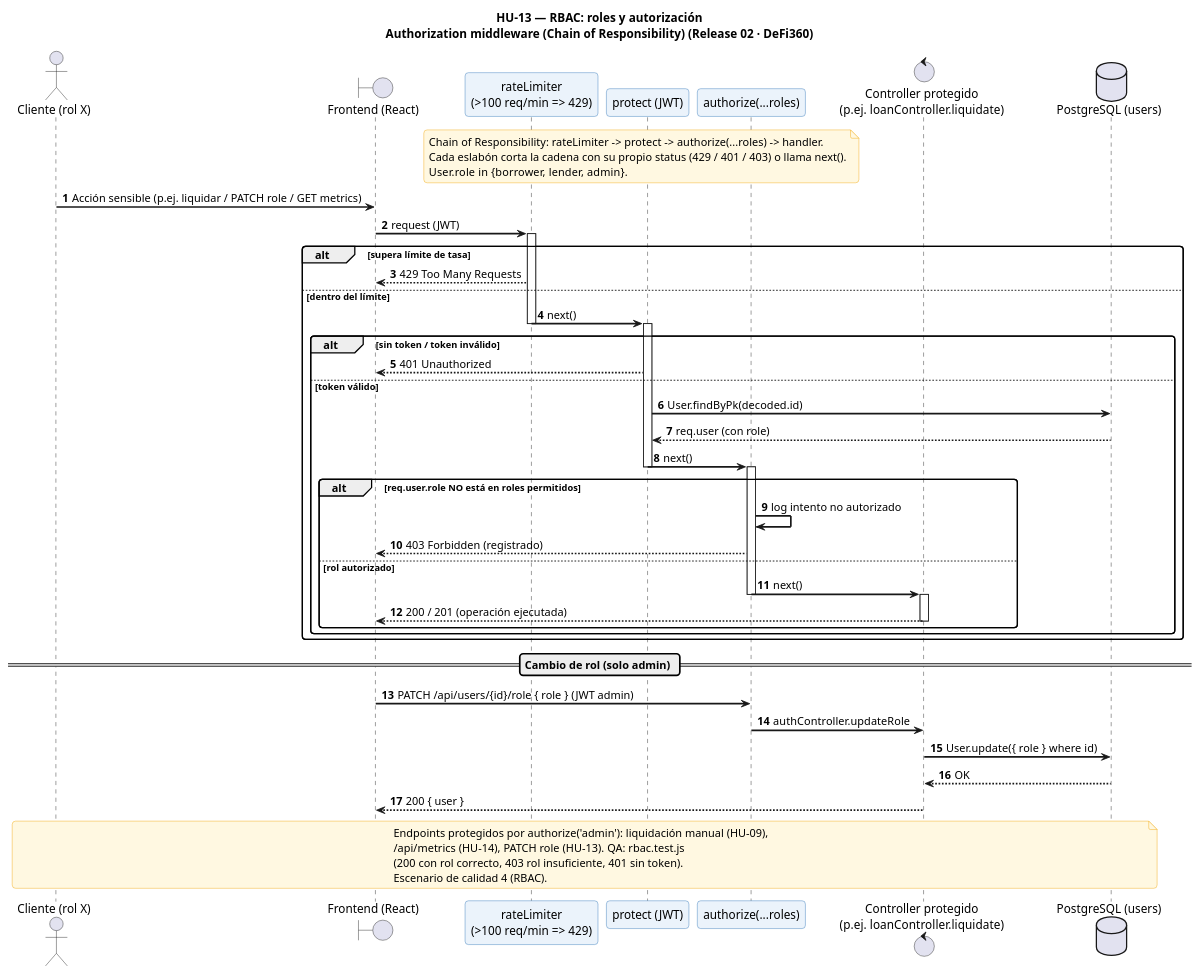
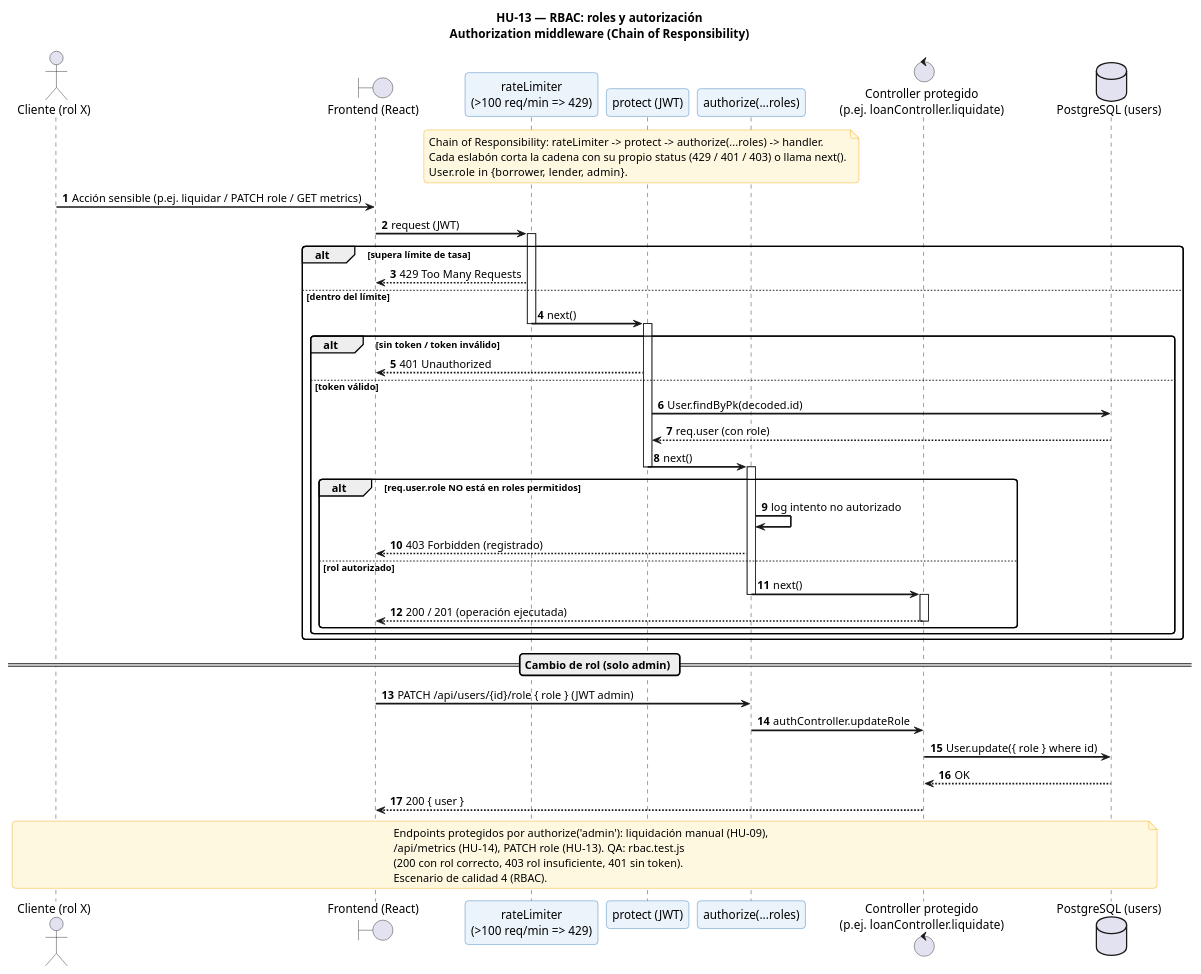
Before and after one commit to Brando-01/Software2: the diagram in Release 02/Diagramas/HU-13_RBAC_secuencia.puml, drawn with PlantUML. The commit also changed 13 other files, not shown here.

Commit message:
Resolucion de la HU09, respecto a la actualizacion de diagramas de secuencia y de clases, e implementacion de los states y commands

```diff
--- a/Release 02/Diagramas/HU-13_RBAC_secuencia.puml
+++ b/Release 02/Diagramas/HU-13_RBAC_secuencia.puml
@@ -1,71 +1,71 @@
 @startuml HU13_RBAC_secuencia
-title HU-13 — RBAC: roles y autorización\nAuthorization middleware (Chain of Responsibility) (Release 02 · DeFi360)
+title HU-13 — RBAC: roles y autorización\nAuthorization middleware (Chain of Responsibility)
 
 skinparam sequenceArrowThickness 2
 skinparam roundcorner 8
 skinparam sequenceParticipantBorderColor #2E75B6
 skinparam sequenceParticipantBackgroundColor #EBF3FB
 skinparam noteBorderColor #F0A500
 skinparam noteBackgroundColor #FFF8E1
 
 actor       "Cliente (rol X)"                  as Client
 boundary    "Frontend (React)"                 as UI
 participant "rateLimiter\n(>100 req/min => 429)" as RL
 participant "protect (JWT)"                     as PRT
 participant "authorize(...roles)"              as AUTH
 control     "Controller protegido\n(p.ej. loanController.liquidate)" as CTL
 database    "PostgreSQL (users)"               as DB
 
 autonumber
 
 note over RL, AUTH
   Chain of Responsibility: rateLimiter -> protect -> authorize(...roles) -> handler.
   Cada eslabón corta la cadena con su propio status (429 / 401 / 403) o llama next().
   User.role in {borrower, lender, admin}.
 end note
 
 Client -> UI : Acción sensible (p.ej. liquidar / PATCH role / GET metrics)
 UI -> RL : request (JWT)
 activate RL
 alt supera límite de tasa
     RL --> UI : 429 Too Many Requests
 else dentro del límite
     RL -> PRT : next()
     deactivate RL
     activate PRT
     alt sin token / token inválido
         PRT --> UI : 401 Unauthorized
     else token válido
         PRT -> DB : User.findByPk(decoded.id)
         DB --> PRT : req.user (con role)
         PRT -> AUTH : next()
         deactivate PRT
         activate AUTH
         alt req.user.role NO está en roles permitidos
             AUTH -> AUTH : log intento no autorizado
             AUTH --> UI : 403 Forbidden (registrado)
         else rol autorizado
             AUTH -> CTL : next()
             deactivate AUTH
             activate CTL
             CTL --> UI : 200 / 201 (operación ejecutada)
             deactivate CTL
         end
     end
 end
 
 == Cambio de rol (solo admin) ==
 UI -> AUTH : PATCH /api/users/{id}/role { role } (JWT admin)
 AUTH -> CTL : authController.updateRole
 CTL -> DB : User.update({ role } where id)
 DB --> CTL : OK
 CTL --> UI : 200 { user }
 
 note over Client, DB
   Endpoints protegidos por authorize('admin'): liquidación manual (HU-09),
   /api/metrics (HU-14), PATCH role (HU-13). QA: rbac.test.js
   (200 con rol correcto, 403 rol insuficiente, 401 sin token).
   Escenario de calidad 4 (RBAC).
 end note
 
 @enduml
```
